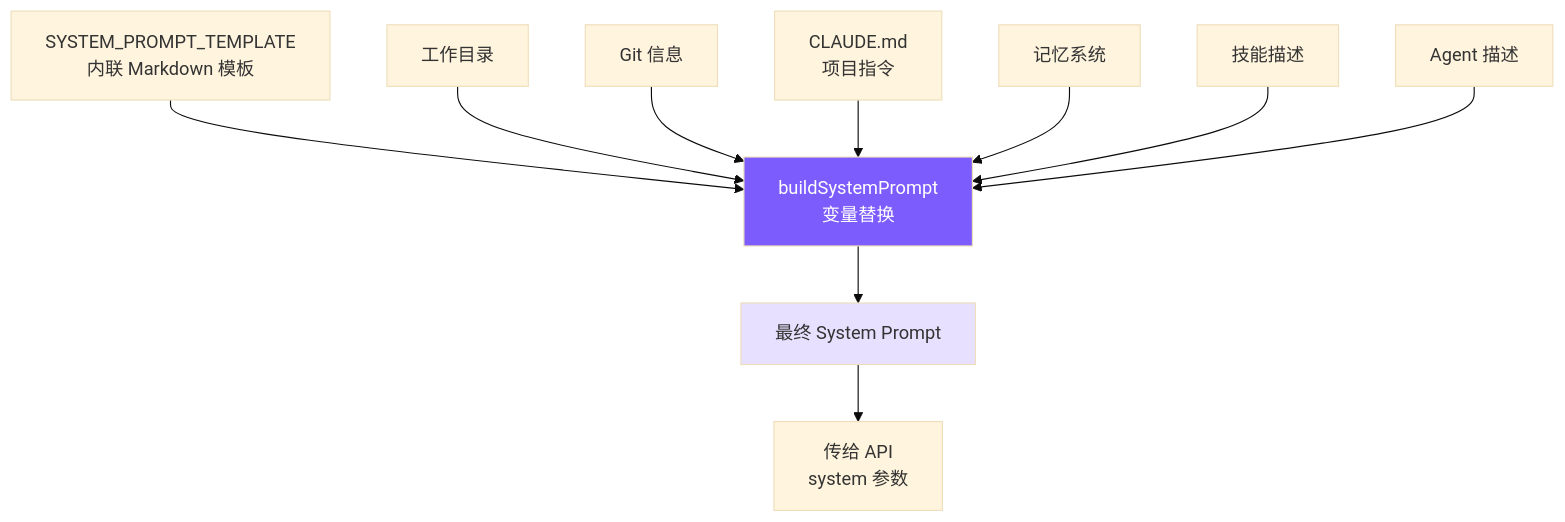
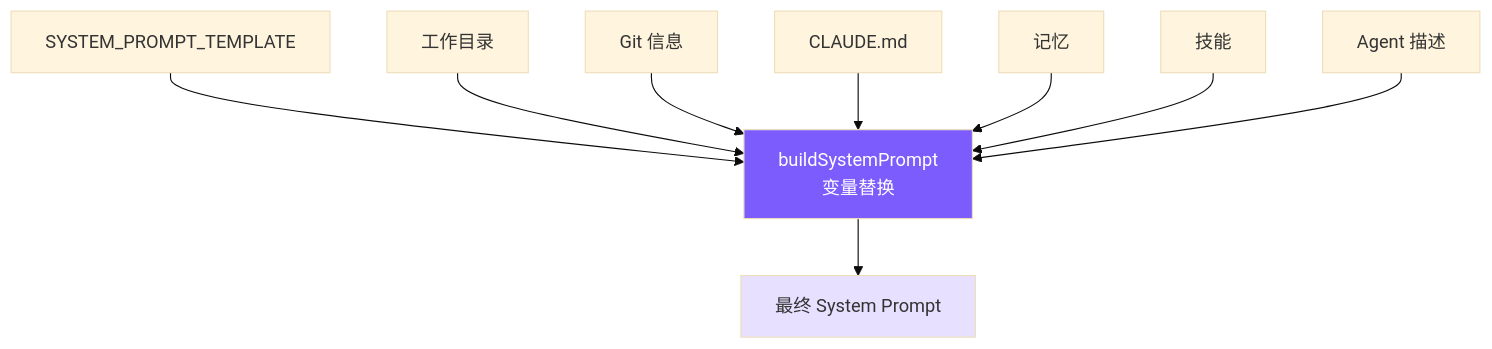
The diagram in docs/03-system-prompt.md (joinmouse/claude-code-mini), drawn with Mermaid (base theme) before and after one commit. The commit also changed other lines of this file and 30 other files, not shown here.

````diff
--- a/docs/03-system-prompt.md
+++ b/docs/03-system-prompt.md
@@ -7,15 +5,14 @@
 ```mermaid
 graph TB
-    Template[SYSTEM_PROMPT_TEMPLATE<br/>内联 Markdown 模板] --> Builder[buildSystemPrompt<br/>变量替换]
+    Template[SYSTEM_PROMPT_TEMPLATE] --> Builder[buildSystemPrompt<br/>变量替换]
     CWD[工作目录] --> Builder
     Git[Git 信息] --> Builder
-    ClaudeMD[CLAUDE.md<br/>项目指令] --> Builder
-    Memory[记忆系统] --> Builder
-    Skills[技能描述] --> Builder
+    ClaudeMD[CLAUDE.md] --> Builder
+    Memory[记忆] --> Builder
+    Skills[技能] --> Builder
     Agents[Agent 描述] --> Builder
     Builder --> Final[最终 System Prompt]
-    Final --> API[传给 API<br/>system 参数]
 
     style Builder fill:#7c5cfc,color:#fff
     style Final fill:#e8e0ff
 ```
````
